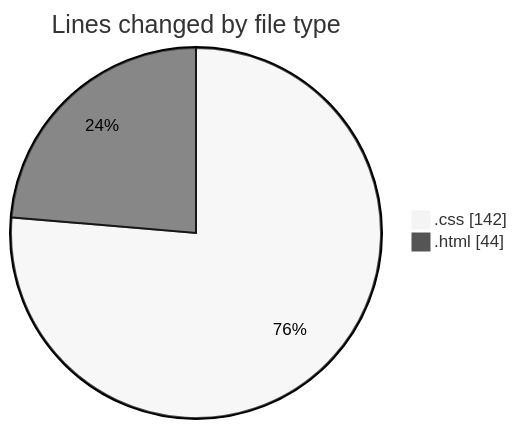
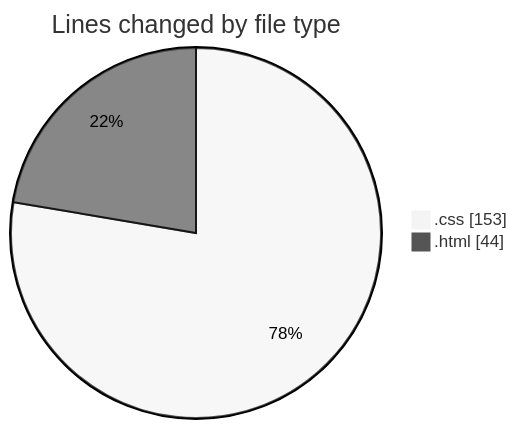
One commit to NitaiMahat/code-tracking changed the first of 2 diagrams in 2025-01-26/results-summary-component-main/README.md. Above: the diagram before and after it, drawn with Mermaid (neutral theme). The commit also changed other lines of this file and 1 other file, not shown here.

````diff
--- a/2025-01-26/results-summary-component-main/README.md
+++ b/2025-01-26/results-summary-component-main/README.md
@@ -21,6 +21,6 @@
 ```mermaid
 pie showData
 title Lines changed by file type
-".css" : 142
+".css" : 153
 ".html" : 44
 ```
````
